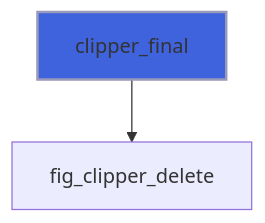
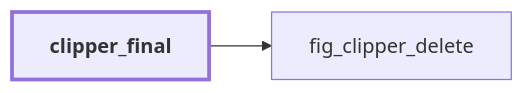
The fifth of 40 diagrams in docs/api/src/lib/figure_group.md (szaghi/figure), drawn with Mermaid before and after one commit. The commit also changed other lines of this file and 54 other files, not shown here.

````diff
--- a/docs/api/src/lib/figure_group.md
+++ b/docs/api/src/lib/figure_group.md
@@ -144,5 +338,7 @@
 ```mermaid
-flowchart TD
+flowchart LR
   clipper_final["clipper_final"] --> fig_clipper_delete["fig_clipper_delete"]
-  style clipper_final fill:#3e63dd,stroke:#99b,stroke-width:2px
+  classDef focus stroke-width:3px,font-weight:bold
+  class clipper_final focus
+  click fig_clipper_delete href "figure_c_native.html#fig-clipper-delete" "fig_clipper_delete"
 ```
````
